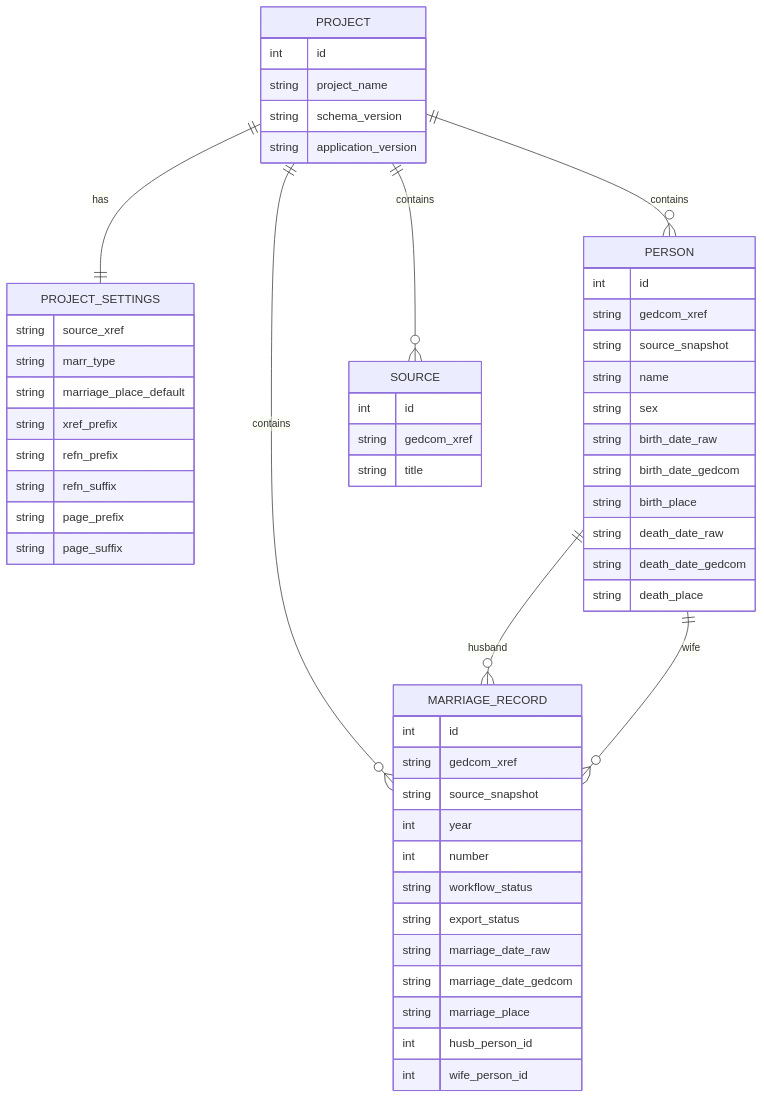
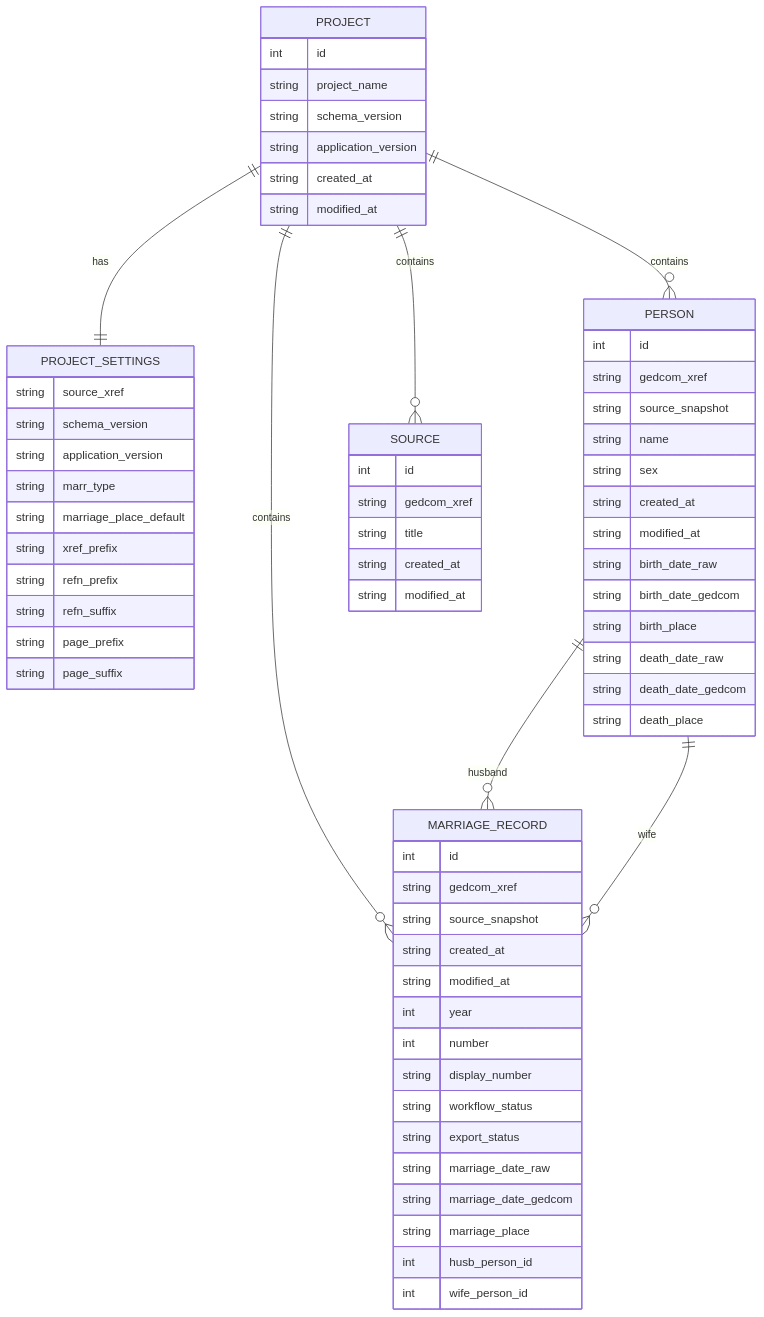
The diagram in docs/architecture/DATA_MODEL.md (carosaar/ged_editor), drawn with Mermaid before and after one commit. The commit also changed other lines of this file and 26 other files, not shown here.

````diff
--- a/docs/architecture/DATA_MODEL.md
+++ b/docs/architecture/DATA_MODEL.md
@@ -569,64 +609,75 @@
 ```mermaid
 erDiagram
 
     PROJECT ||--|| PROJECT_SETTINGS : has
     PROJECT ||--o{ MARRIAGE_RECORD : contains
     PROJECT ||--o{ PERSON : contains
     PROJECT ||--o{ SOURCE : contains
 
     PERSON ||--o{ MARRIAGE_RECORD : husband
     PERSON ||--o{ MARRIAGE_RECORD : wife
 
     PROJECT {
         int id
         string project_name
         string schema_version
         string application_version
+        string created_at
+        string modified_at
     }
 
     PROJECT_SETTINGS {
         string source_xref
+        string schema_version
+        string application_version
         string marr_type
         string marriage_place_default
         string xref_prefix
         string refn_prefix
         string refn_suffix
         string page_prefix
         string page_suffix
     }
 
     MARRIAGE_RECORD {
         int id
         string gedcom_xref
         string source_snapshot
+        string created_at
+        string modified_at
         int year
         int number
+        string display_number
         string workflow_status
         string export_status
         string marriage_date_raw
         string marriage_date_gedcom
         string marriage_place
         int husb_person_id
         int wife_person_id
     }
 
     PERSON {
         int id
         string gedcom_xref
         string source_snapshot
         string name
         string sex
+        string created_at
+        string modified_at
         string birth_date_raw
         string birth_date_gedcom
         string birth_place
         string death_date_raw
         string death_date_gedcom
         string death_place
     }
 
     SOURCE {
         int id
         string gedcom_xref
         string title
+        string created_at
+        string modified_at
     }
 ```
````
